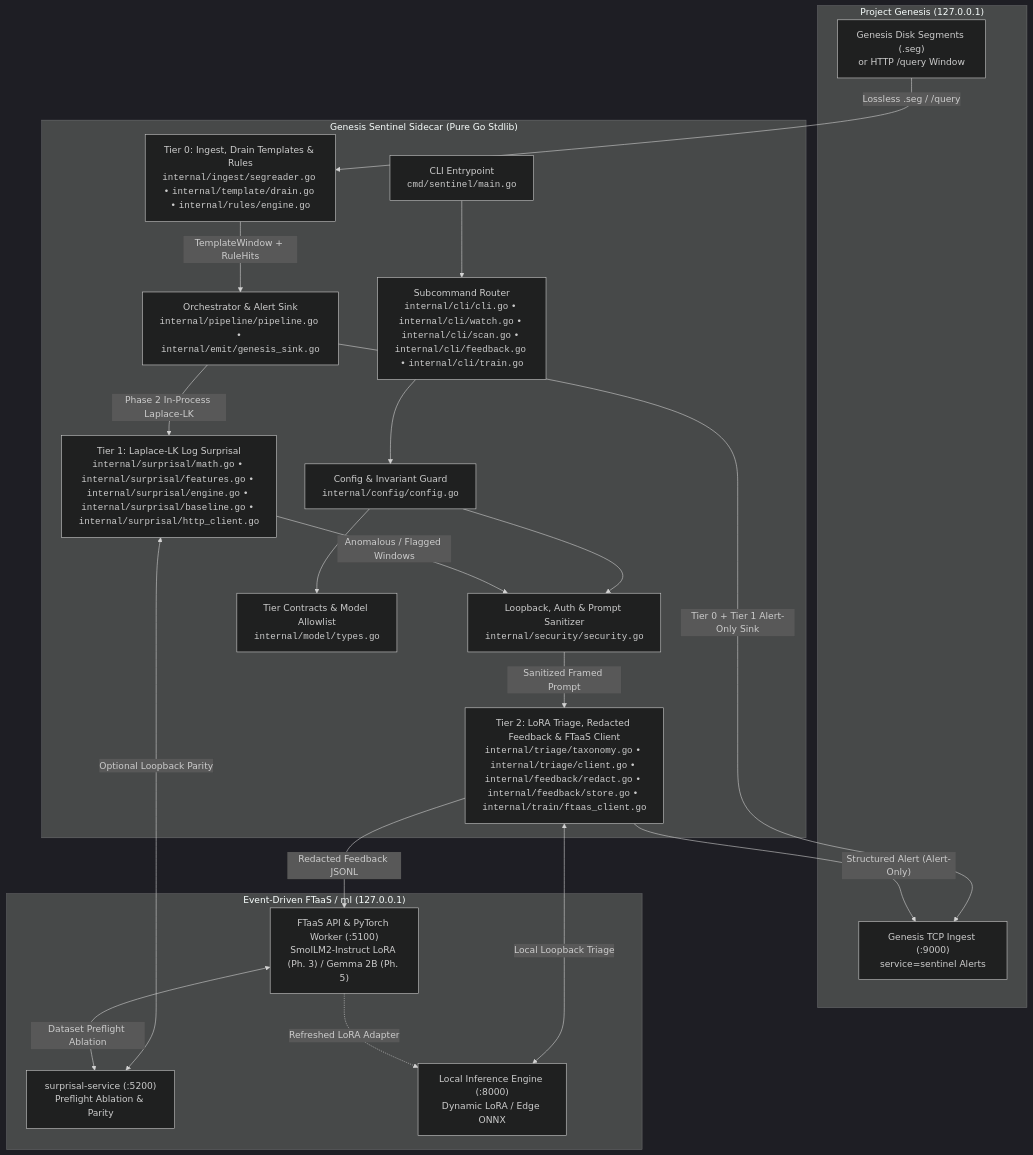
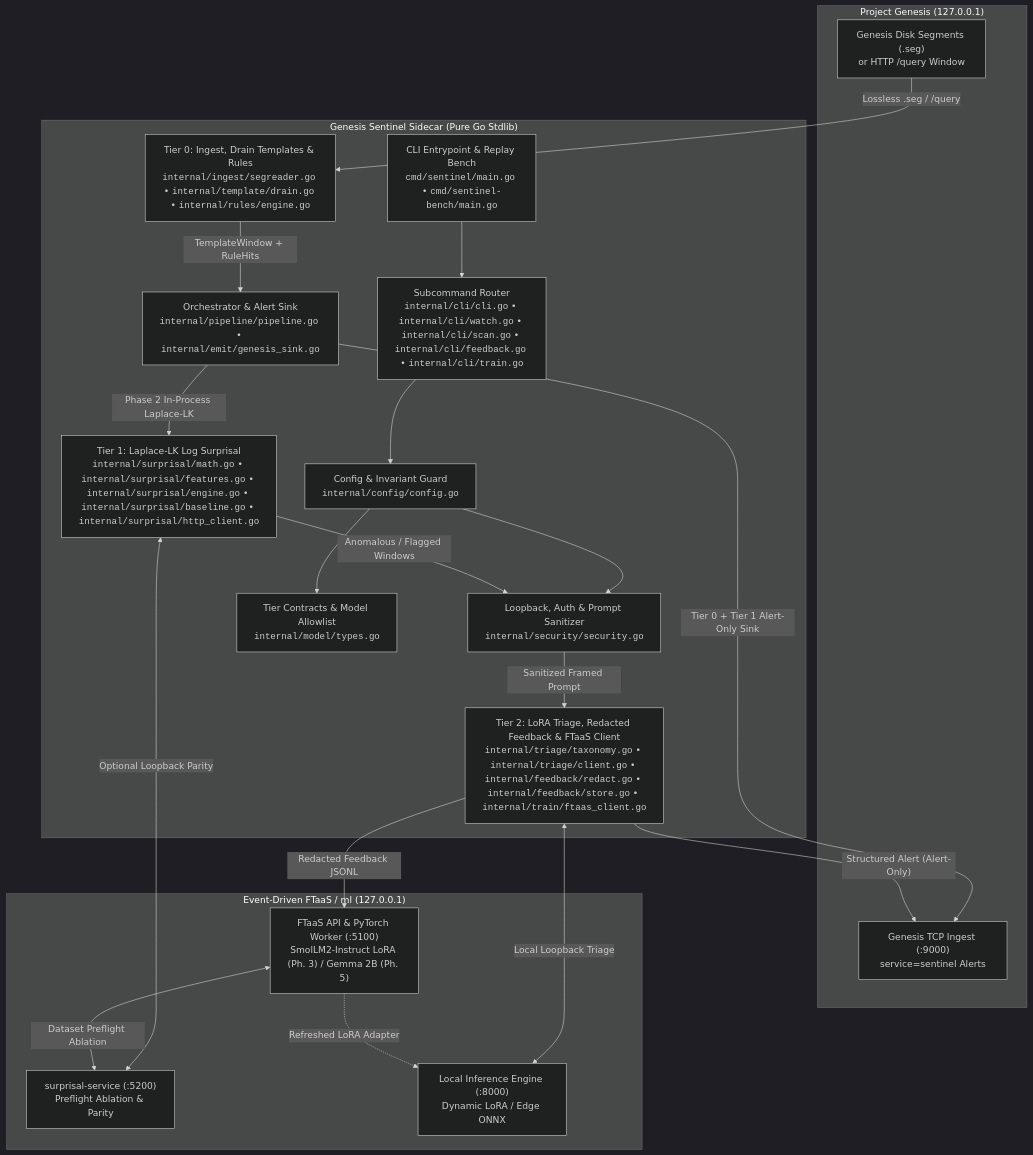
Before and after one commit to knowthankyew/genesis-sentinel: the first of 2 diagrams in docs/ARCHITECTURE.md, drawn with Mermaid (dark theme). The commit also changed other lines of this file and 31 other files, not shown here.

````diff
--- a/docs/ARCHITECTURE.md
+++ b/docs/ARCHITECTURE.md
@@ -15,40 +15,40 @@
 ```mermaid
 flowchart TD
     subgraph GenesisHost["Project Genesis (127.0.0.1)"]
         Segs["Genesis Disk Segments (.seg)<br/>or HTTP /query Window"]
         GenSink["Genesis TCP Ingest (:9000)<br/>service=sentinel Alerts"]
     end
 
     subgraph SentinelCore["Genesis Sentinel Sidecar (Pure Go Stdlib)"]
-        Entry["CLI Entrypoint<br/><code>cmd/sentinel/main.go</code>"]
+        Entry["CLI Entrypoint & Replay Bench<br/><code>cmd/sentinel/main.go</code> &bull; <code>cmd/sentinel-bench/main.go</code>"]
         CLI["Subcommand Router<br/><code>internal/cli/cli.go</code> &bull; <code>internal/cli/watch.go</code> &bull; <code>internal/cli/scan.go</code> &bull; <code>internal/cli/feedback.go</code> &bull; <code>internal/cli/train.go</code>"]
         Cfg["Config & Invariant Guard<br/><code>internal/config/config.go</code>"]
         Sec["Loopback, Auth & Prompt Sanitizer<br/><code>internal/security/security.go</code>"]
         Types["Tier Contracts & Model Allowlist<br/><code>internal/model/types.go</code>"]
         T0["Tier 0: Ingest, Drain Templates & Rules<br/><code>internal/ingest/segreader.go</code> &bull; <code>internal/template/drain.go</code> &bull; <code>internal/rules/engine.go</code>"]
         Pipe["Orchestrator & Alert Sink<br/><code>internal/pipeline/pipeline.go</code> &bull; <code>internal/emit/genesis_sink.go</code>"]
         T1["Tier 1: Laplace-LK Log Surprisal<br/><code>internal/surprisal/math.go</code> &bull; <code>internal/surprisal/features.go</code> &bull; <code>internal/surprisal/engine.go</code> &bull; <code>internal/surprisal/baseline.go</code> &bull; <code>internal/surprisal/http_client.go</code>"]
         T2["Tier 2: LoRA Triage, Redacted Feedback & FTaaS Client<br/><code>internal/triage/taxonomy.go</code> &bull; <code>internal/triage/client.go</code> &bull; <code>internal/feedback/redact.go</code> &bull; <code>internal/feedback/store.go</code> &bull; <code>internal/train/ftaas_client.go</code>"]
     end
 
     subgraph MLHost["Event-Driven FTaaS / ml (127.0.0.1)"]
         SurpSvc["surprisal-service (:5200)<br/>Preflight Ablation & Parity"]
         FTaaS["FTaaS API & PyTorch Worker (:5100)<br/>SmolLM2-Instruct LoRA (Ph. 3) / Gemma 2B (Ph. 5)"]
         Infer["Local Inference Engine (:8000)<br/>Dynamic LoRA / Edge ONNX"]
     end
 
     Entry --> CLI --> Cfg --> Sec
     Cfg --> Types
     Segs -->|"Lossless .seg / /query"| T0
     T0 -->|"TemplateWindow + RuleHits"| Pipe
     Pipe -->|"Tier 0 + Tier 1 Alert-Only Sink"| GenSink
     Pipe -->|"Phase 2 In-Process Laplace-LK"| T1
     T1 <-->|"Optional Loopback Parity"| SurpSvc
     T1 -->|"Anomalous / Flagged Windows"| Sec
     Sec -->|"Sanitized Framed Prompt"| T2
     T2 <-->|"Local Loopback Triage"| Infer
     T2 -->|"Structured Alert (Alert-Only)"| GenSink
     T2 -->|"Redacted Feedback JSONL"| FTaaS
     FTaaS <-->|"Dataset Preflight Ablation"| SurpSvc
     FTaaS -.->|"Refreshed LoRA Adapter"| Infer
 ```
````
